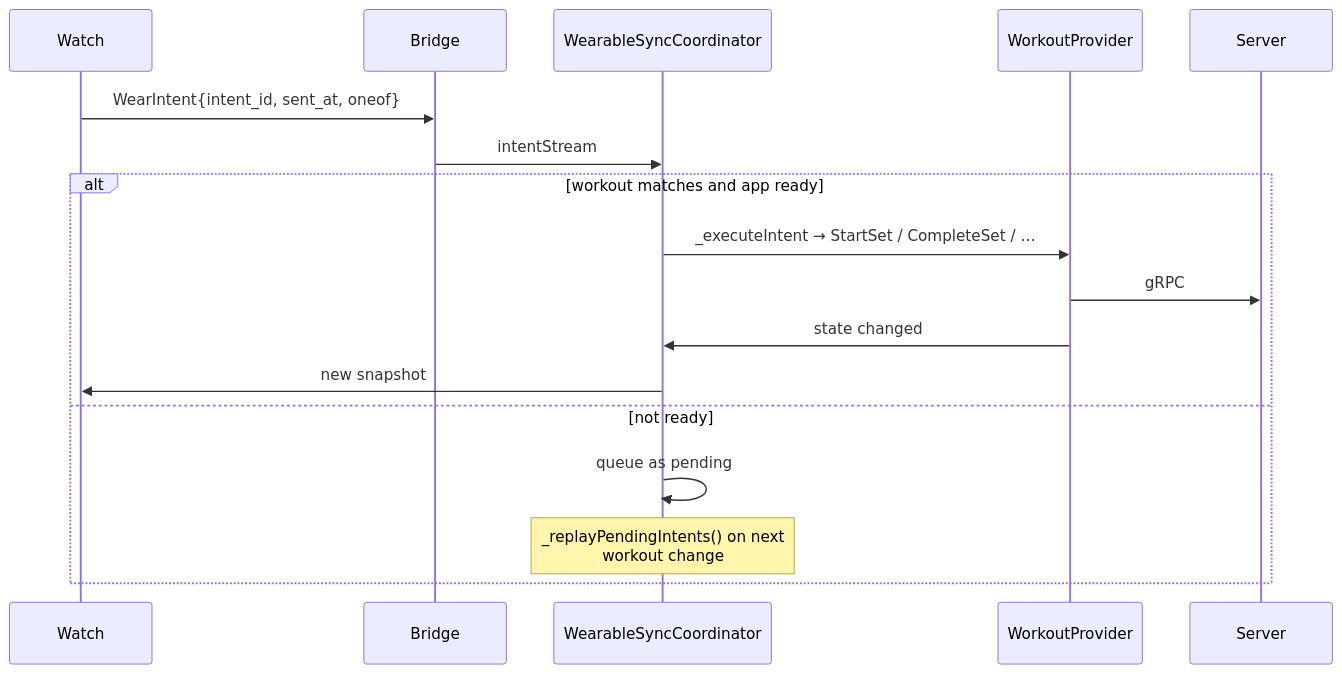
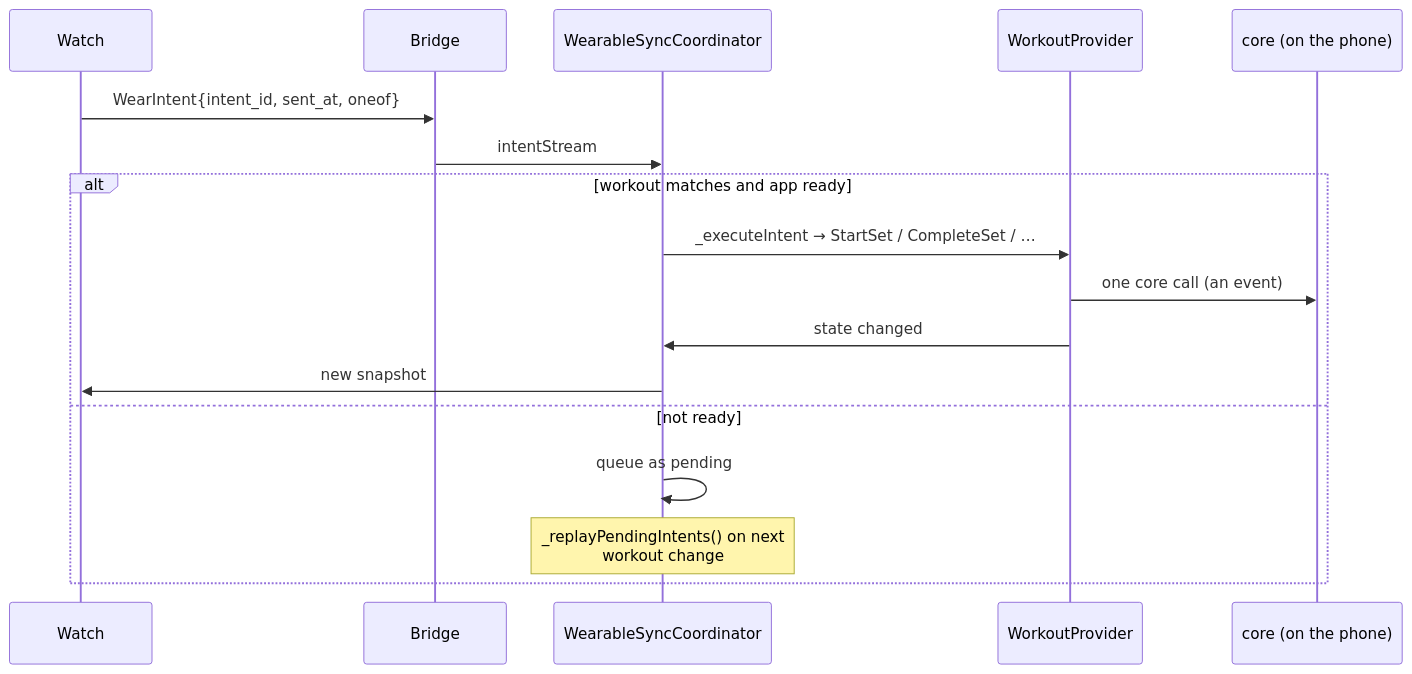
The third of 4 diagrams in docs/architecture/wearable.md (brensch/lift), drawn with Mermaid before and after one commit. The commit also changed other lines of this file and 214 other files, not shown here.

First line of the commit message:
Local-first: the Rust core on the phone (#74)

````diff
--- a/docs/architecture/wearable.md
+++ b/docs/architecture/wearable.md
@@ -100,20 +102,20 @@
 ```mermaid
 sequenceDiagram
     participant W as Watch
     participant B as Bridge
     participant C as WearableSyncCoordinator
     participant P as WorkoutProvider
-    participant S as Server
+    participant K as core (on the phone)
 
     W->>B: WearIntent{intent_id, sent_at, oneof}
     B->>C: intentStream
     alt workout matches and app ready
         C->>P: _executeIntent → StartSet / CompleteSet / …
-        P->>S: gRPC
+        P->>K: one core call (an event)
         P->>C: state changed
         C->>W: new snapshot
     else not ready
         C->>C: queue as pending
         Note over C: _replayPendingIntents() on next<br/>workout change
     end
 ```
````
